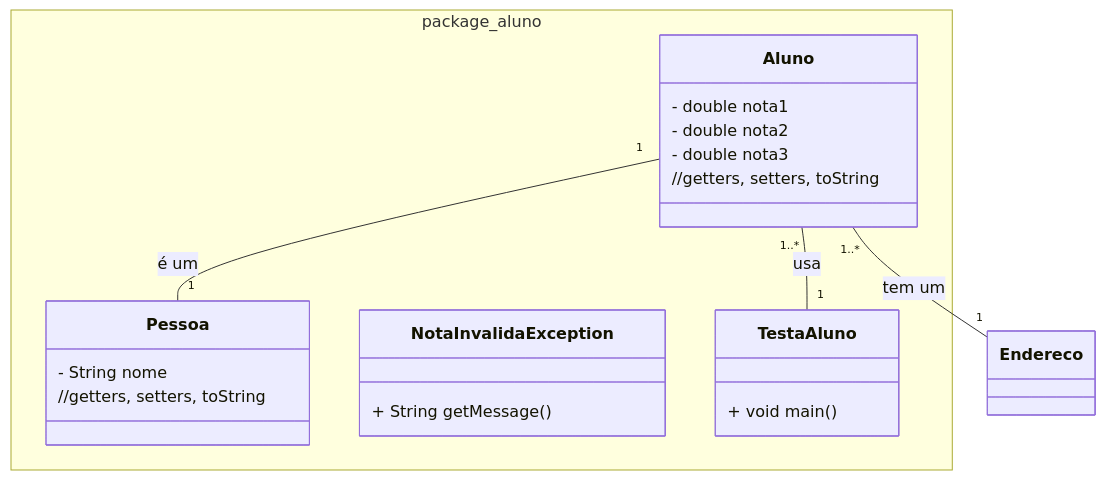
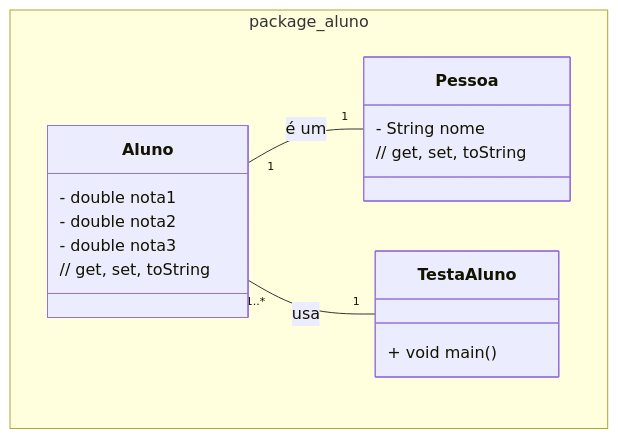
Before and after one commit to ap3ufersa/ap3_2024.3_xicoArruda: the diagram in unidade1/aula6.md, drawn with Mermaid. The commit also changed other lines of this file and 2 other files, not shown here.

Commit message:
Arrumando aulas unidade 3

````diff
--- a/unidade1/aula6.md
+++ b/unidade1/aula6.md
@@ -7,27 +7,23 @@
 ```mermaid
 classDiagram
     namespace package_aluno {
         class Pessoa {
             - String nome
-            //getters, setters, toString
+            // get, set, toString
         }
 
         class Aluno {
             - double nota1
             - double nota2
             - double nota3
-            //getters, setters, toString
-        }
-
-        class NotaInvalidaException {
-            + String getMessage()
+            // get, set, toString
         }
 
         class TestaAluno {
             + void main()
         }
     }
-    Aluno "1..*" -- "1" Endereco : tem um
+    
     Aluno "1..*" -- "1" TestaAluno : usa
     Aluno "1" -- "1" Pessoa : é um
 ```
````
